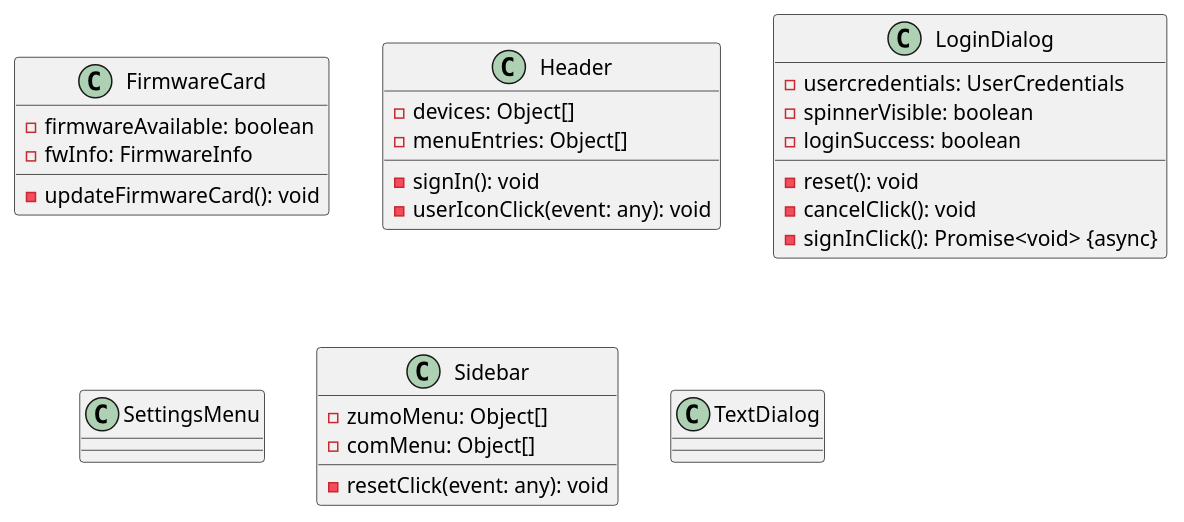
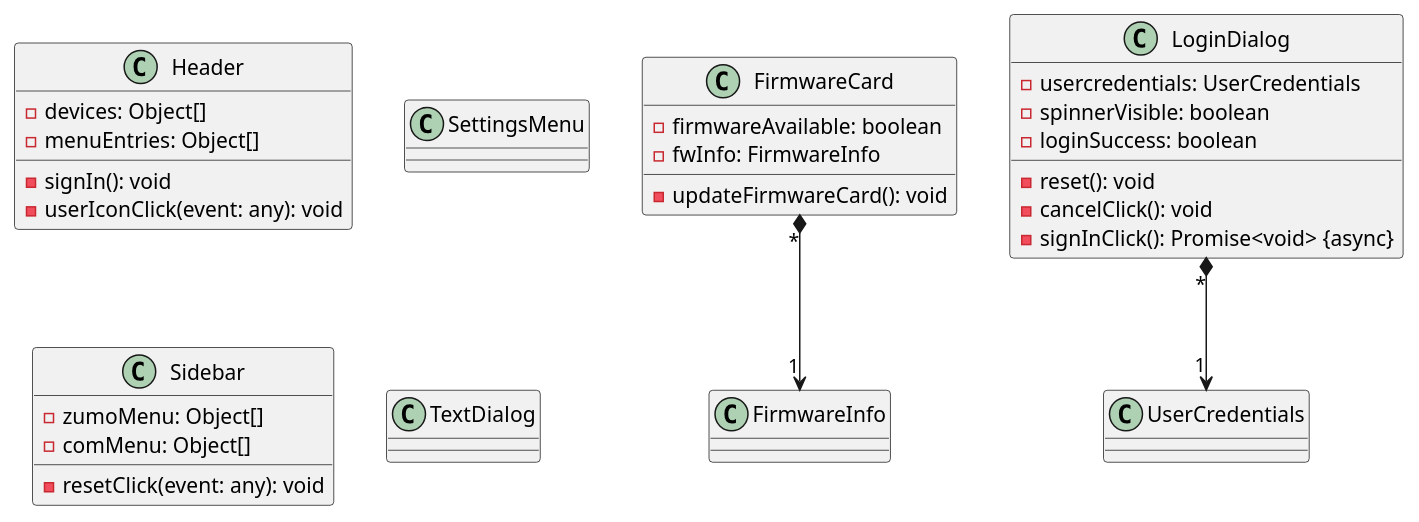
The diagram in doc/design/client/ClassDiagrams/Components.plantuml (NewTec-GmbH/ZumoComSystem), drawn with PlantUML before and after one commit. The commit also changed 10 other files, not shown here.

Commit message:
refactor(doc): Update documentation diagrams

```diff
--- a/doc/design/client/ClassDiagrams/Components.plantuml
+++ b/doc/design/client/ClassDiagrams/Components.plantuml
@@ -1,41 +1,44 @@
 @startuml
+
 class FirmwareCard
 {
     - firmwareAvailable: boolean
     - fwInfo: FirmwareInfo
     - updateFirmwareCard(): void
 }
+FirmwareCard "*" *--> "1" FirmwareInfo
 
 class Header
 {
     - devices: Object[]
     - menuEntries: Object[]
     - signIn(): void
     - userIconClick(event: any): void
 }
 
 class LoginDialog
 {
     - usercredentials: UserCredentials
     - spinnerVisible: boolean
     - loginSuccess: boolean
     - reset(): void
     - cancelClick(): void
     - signInClick(): Promise<void> {async}
 }
+LoginDialog "*" *--> "1" UserCredentials
 
 class SettingsMenu
 {
 }
 
 class Sidebar
 {
     - zumoMenu: Object[]
     - comMenu: Object[]
     - resetClick(event: any): void
 }
 
 class TextDialog
 {
 }
 @enduml
```
